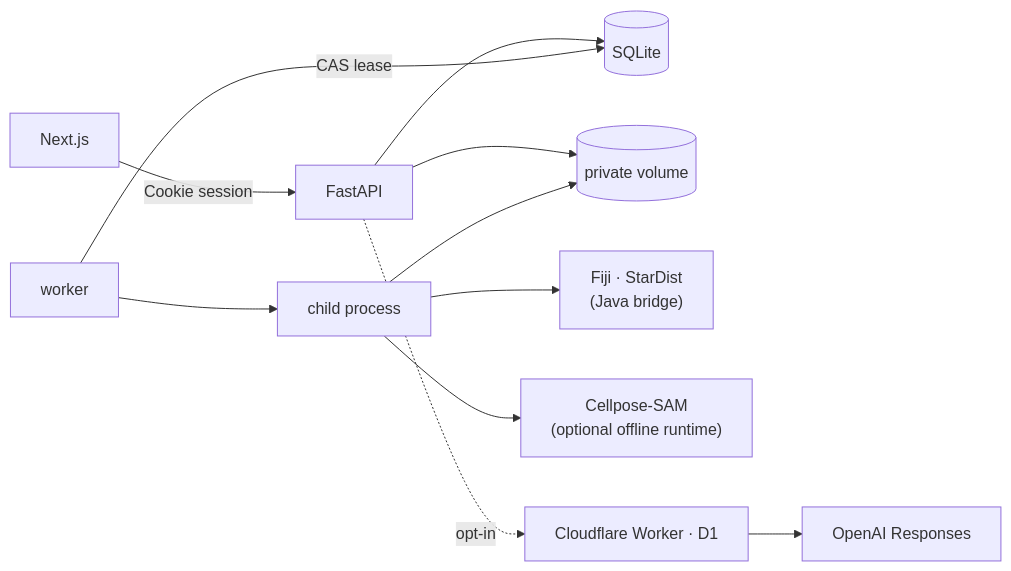
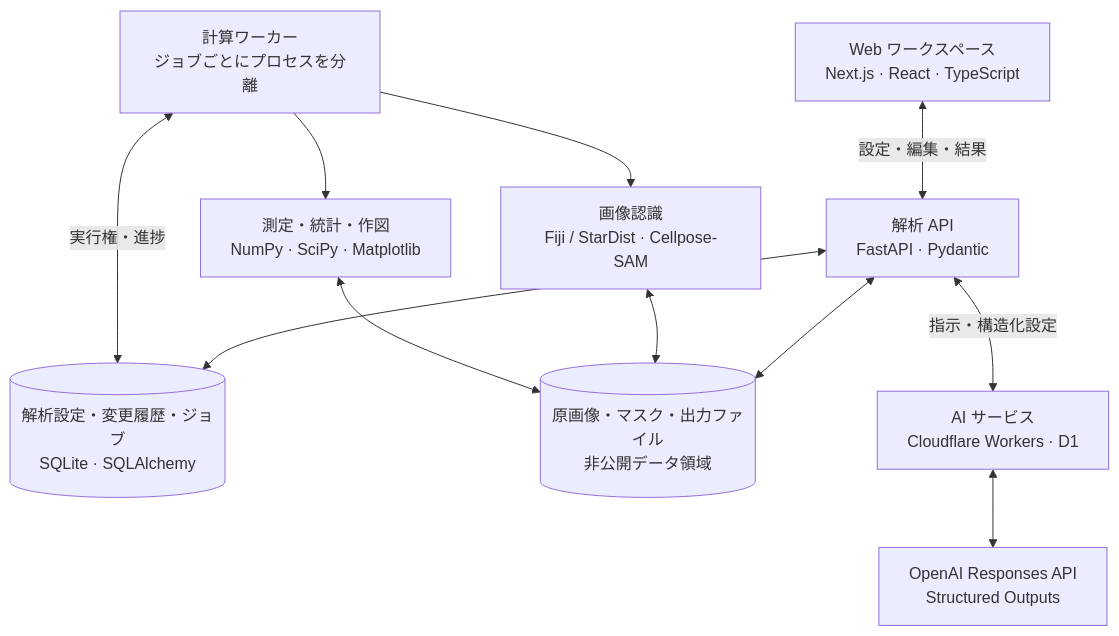
Before and after one commit to genellect/cytellect: the diagram in README.md, drawn with Mermaid. The commit also changed other lines of this file, not shown here.

Commit message:
docs: refine Japanese README architecture and technical overview

````diff
--- a/README.md
+++ b/README.md
@@ -13,12 +15,23 @@
 ```mermaid
-flowchart LR
-    Web["Next.js"] -->|Cookie session| API["FastAPI"]
-    API --> DB[("SQLite")]
-    API --> Files[("private volume")]
-    Worker["worker"] -->|CAS lease| DB
-    Worker --> Child["child process"]
-    Child --> Fiji["Fiji · StarDist<br/>(Java bridge)"]
-    Child --> Cellpose["Cellpose-SAM<br/>(optional offline runtime)"]
-    Child --> Files
-    API -. opt-in .-> Relay["Cloudflare Worker · D1"] --> OpenAI["OpenAI Responses"]
+flowchart TB
+    Web["Web ワークスペース<br/>Next.js · React · TypeScript"]
+    API["解析 API<br/>FastAPI · Pydantic"]
+    State[("解析設定・変更履歴・ジョブ<br/>SQLite · SQLAlchemy")]
+    Files[("原画像・マスク・出力ファイル<br/>非公開データ領域")]
+    Worker["計算ワーカー<br/>ジョブごとにプロセスを分離"]
+    Models["画像認識<br/>Fiji / StarDist · Cellpose-SAM"]
+    Python["測定・統計・作図<br/>NumPy · SciPy · Matplotlib"]
+    Relay["AI サービス<br/>Cloudflare Workers · D1"]
+    LLM["OpenAI Responses API<br/>Structured Outputs"]
+
+    Web <-->|設定・編集・結果| API
+    API <--> State
+    API <--> Files
+    Worker <-->|実行権・進捗| State
+    Worker --> Models
+    Worker --> Python
+    Models <--> Files
+    Python <--> Files
+    API <-->|指示・構造化設定| Relay
+    Relay <--> LLM
 ```
````
